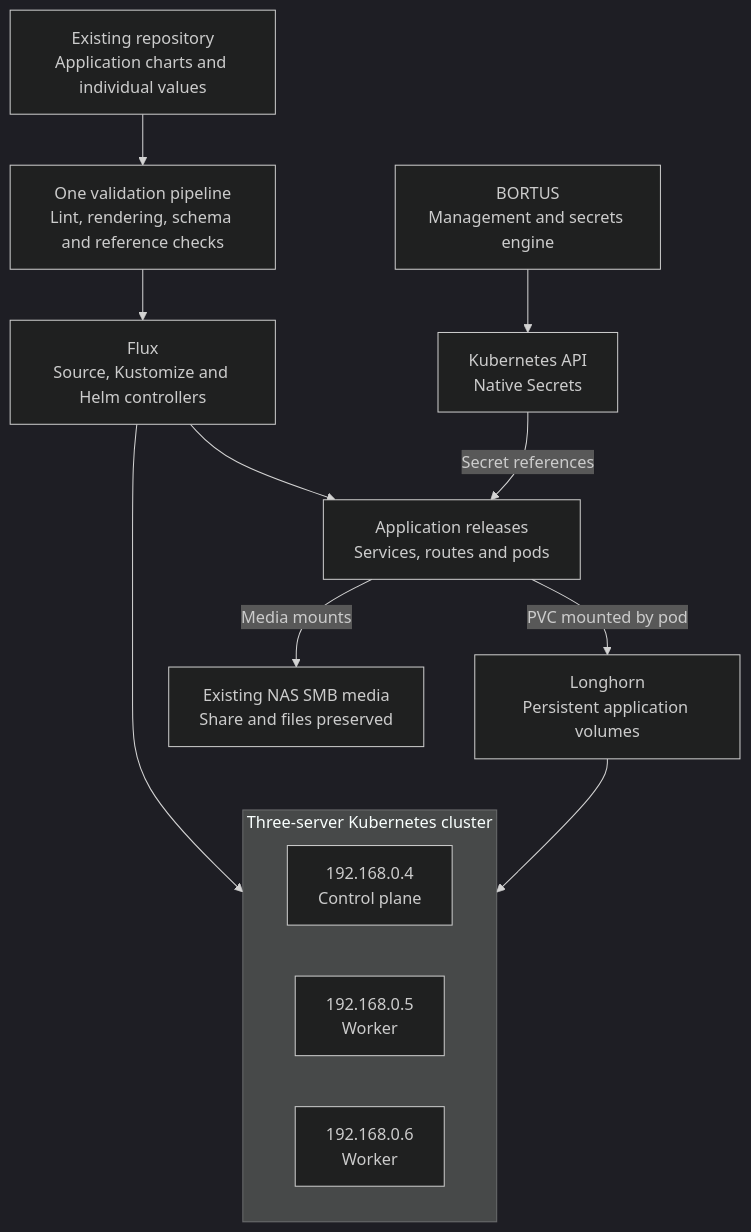
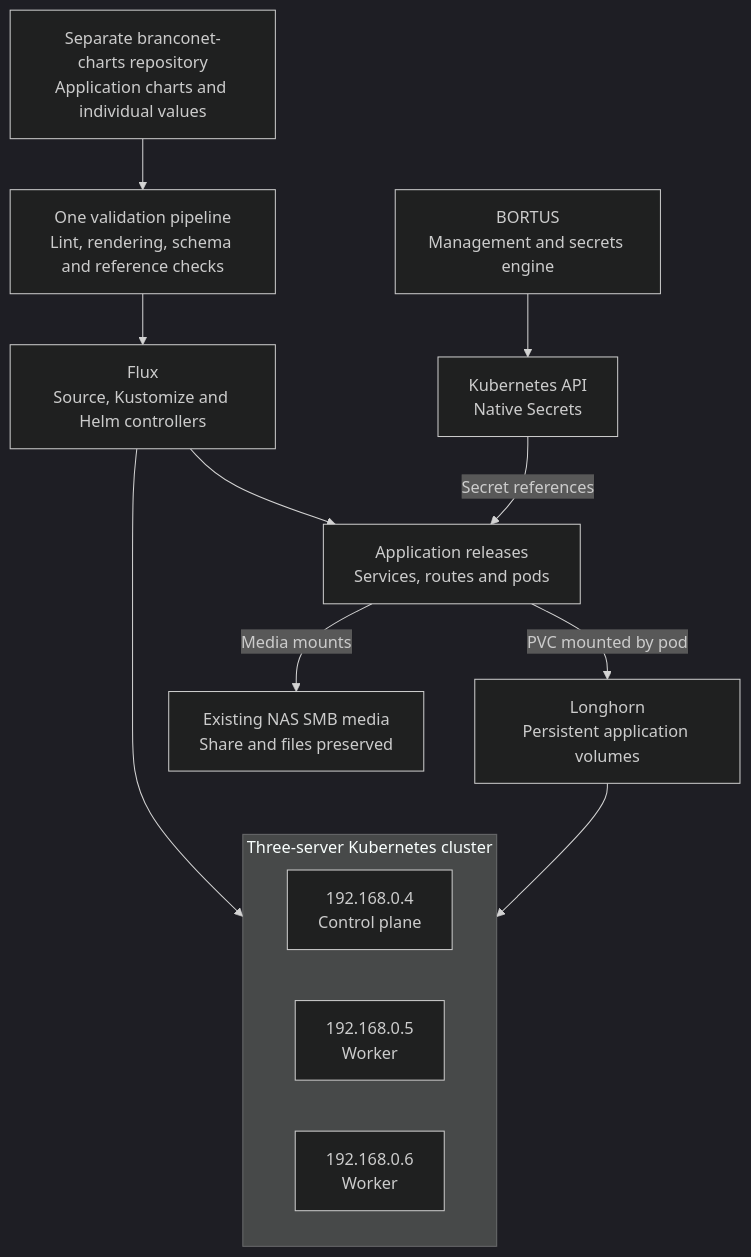
One commit to jtmb/branconet-homelab changed the first of 4 diagrams in PLAN.md. Above: the diagram before and after it, drawn with Mermaid (dark theme). The commit also changed other lines of this file and 18 other files, not shown here.

Commit message:
Retire old chart publisher and preserve new Flux recovery contract

````diff
--- a/PLAN.md
+++ b/PLAN.md
@@ -57,23 +57,23 @@
 ```mermaid
 flowchart TB
-    Repo["Existing repository<br/>Application charts and individual values"]
+    Repo["Separate branconet-charts repository<br/>Application charts and individual values"]
     CI["One validation pipeline<br/>Lint, rendering, schema and reference checks"]
     Flux["Flux<br/>Source, Kustomize and Helm controllers"]
     Apps["Application releases<br/>Services, routes and pods"]
     Bortus["BORTUS<br/>Management and secrets engine"]
     API["Kubernetes API<br/>Native Secrets"]
     LH["Longhorn<br/>Persistent application volumes"]
     SMB["Existing NAS SMB media<br/>Share and files preserved"]
     Repo --> CI --> Flux --> Apps
     Bortus --> API
     API -->|Secret references| Apps
     Apps -->|PVC mounted by pod| LH
     Apps -->|Media mounts| SMB
     subgraph Cluster["Three-server Kubernetes cluster"]
         Master["192.168.0.4<br/>Control plane"]
         Worker2["192.168.0.5<br/>Worker"]
         Worker1["192.168.0.6<br/>Worker"]
     end
     Flux --> Cluster
     LH --> Cluster
 ```
````
